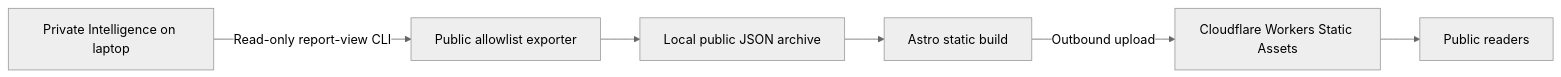
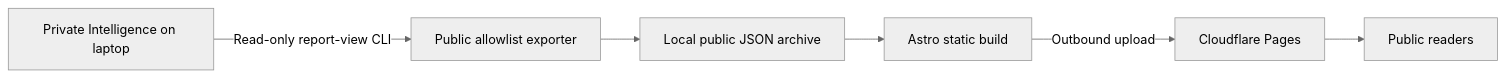
The diagram in README.md (Zilnon/zilnon-open), drawn with Mermaid (neutral theme) before and after one commit. The commit also changed other lines of this file and 5 other files, not shown here.

````diff
--- a/README.md
+++ b/README.md
@@ -16,8 +16,8 @@
 ```mermaid
 flowchart LR
   I[Private Intelligence on laptop] -->|Read-only report-view CLI| E[Public allowlist exporter]
   E --> A[Local public JSON archive]
   A --> W[Astro static build]
-  W -->|Outbound upload| C[Cloudflare Workers Static Assets]
+  W -->|Outbound upload| C[Cloudflare Pages]
   C --> R[Public readers]
 ```
````
